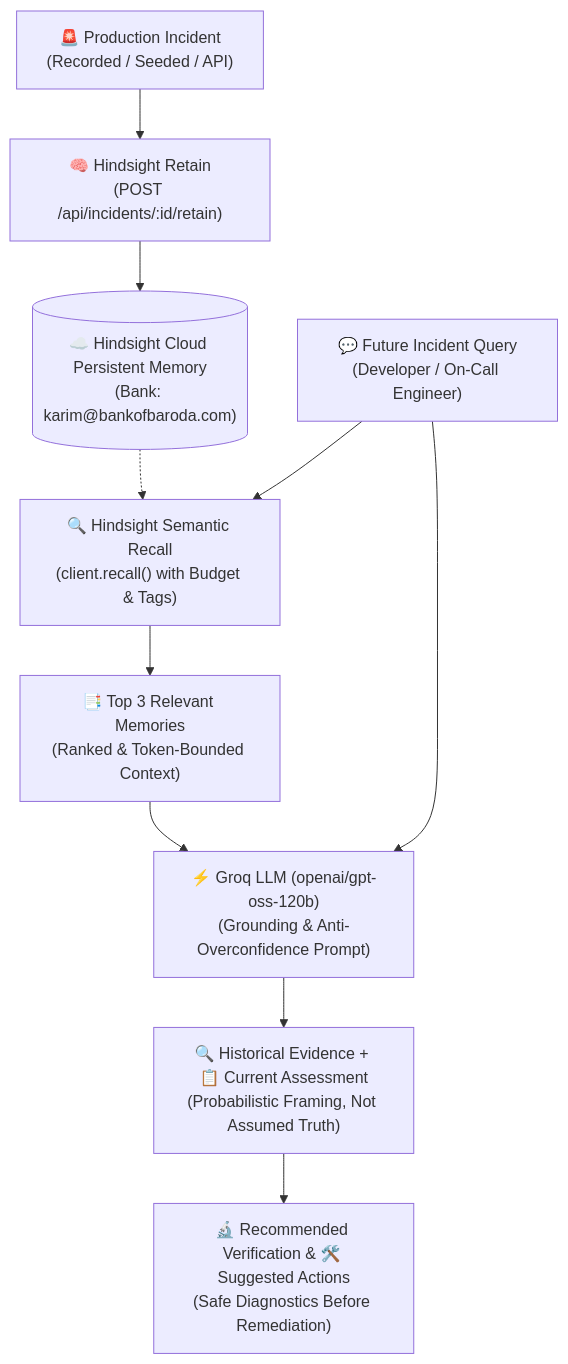
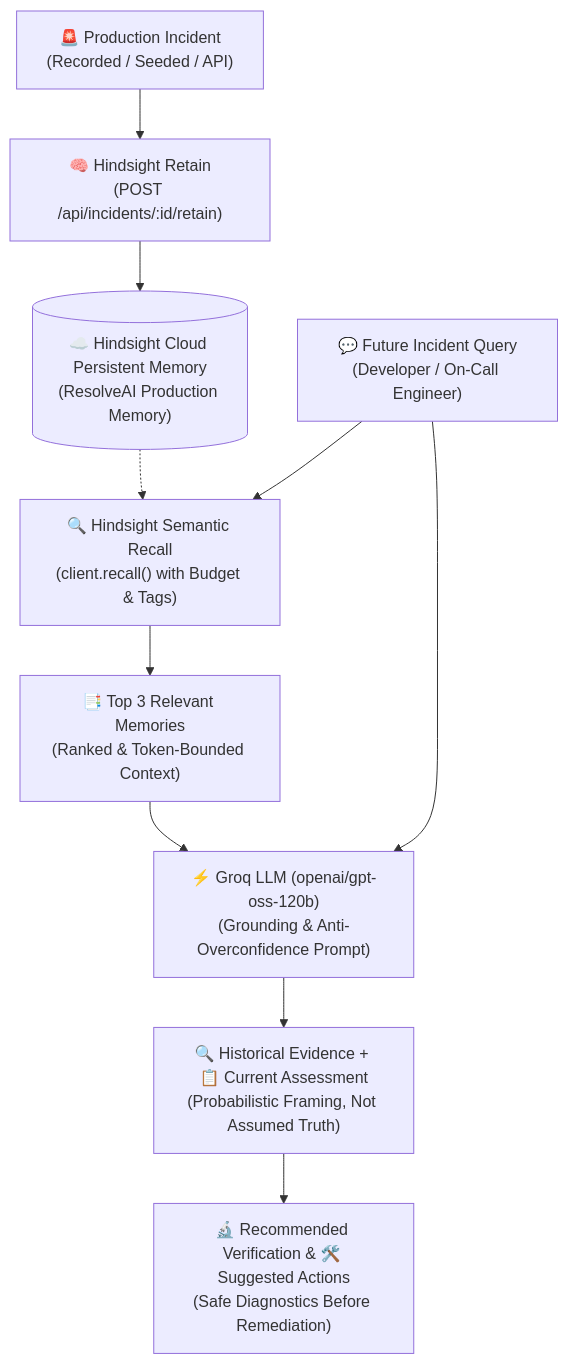
One commit to madishettinivas7799/ResolveAI changed the diagram in README.md. Above: the diagram before and after it, drawn with Mermaid. The commit also changed 8 other files, not shown here.

````diff
--- a/README.md
+++ b/README.md
@@ -49,15 +49,15 @@
 ```mermaid
 flowchart TD
     A["🚨 Production Incident<br/>(Recorded / Seeded / API)"] --> B["🧠 Hindsight Retain<br/>(POST /api/incidents/:id/retain)"]
-    B --> C[("☁️ Hindsight Cloud Persistent Memory<br/>(Bank: karim@bankofbaroda.com)")]
+    B --> C[("☁️ Hindsight Cloud Persistent Memory<br/>(ResolveAI Production Memory)")]
     
     D["💬 Future Incident Query<br/>(Developer / On-Call Engineer)"] --> E["🔍 Hindsight Semantic Recall<br/>(client.recall() with Budget & Tags)"]
     C -.-> E
     
     E --> F["📑 Top 3 Relevant Memories<br/>(Ranked & Token-Bounded Context)"]
     F --> G["⚡ Groq LLM (openai/gpt-oss-120b)<br/>(Grounding & Anti-Overconfidence Prompt)"]
     D --> G
     
     G --> H["🔍 Historical Evidence + 📋 Current Assessment<br/>(Probabilistic Framing, Not Assumed Truth)"]
     H --> I["🔬 Recommended Verification & 🛠️ Suggested Actions<br/>(Safe Diagnostics Before Remediation)"]
 ```
````
